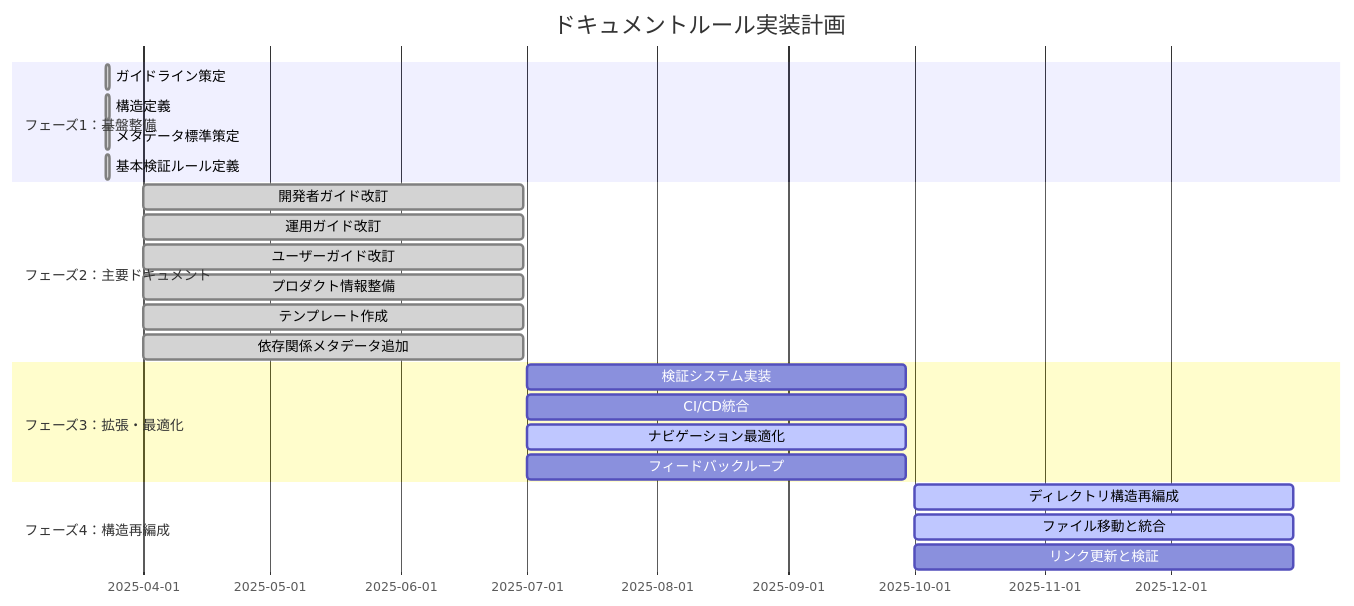
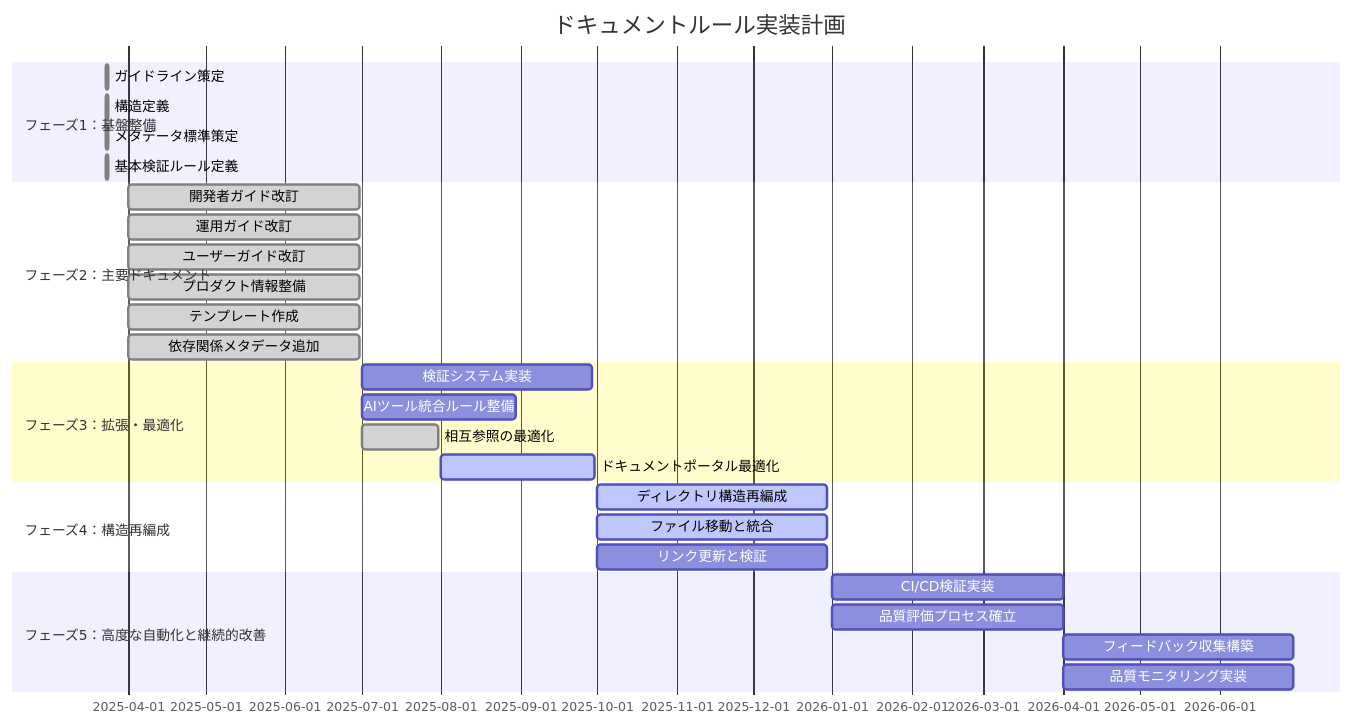
The second of 2 diagrams in docs/PROGRESS.md (ToyB0x/git-resume), drawn with Mermaid before and after one commit. The commit also changed other lines of this file, not shown here.

````diff
--- a/docs/PROGRESS.md
+++ b/docs/PROGRESS.md
@@ -27,26 +27,31 @@
 ```mermaid
 gantt
     title ドキュメントルール実装計画
     dateFormat  YYYY-MM-DD
     section フェーズ1：基盤整備
     ガイドライン策定      :done, 2025-03-23, 1d
     構造定義              :done, 2025-03-23, 1d
     メタデータ標準策定    :done, 2025-03-23, 1d
     基本検証ルール定義    :done, 2025-03-23, 1d
     section フェーズ2：主要ドキュメント
     開発者ガイド改訂      :done, 2025-04-01, 90d
     運用ガイド改訂        :done, 2025-04-01, 90d
     ユーザーガイド改訂    :done, 2025-04-01, 90d
     プロダクト情報整備    :done, 2025-04-01, 90d
     テンプレート作成      :done, 2025-04-01, 90d
     依存関係メタデータ追加 :done, 2025-04-01, 90d
     section フェーズ3：拡張・最適化
     検証システム実装      :2025-07-01, 90d
-    CI/CD統合             :2025-07-01, 90d
-    ナビゲーション最適化  :active, 2025-07-01, 90d
-    フィードバックループ  :2025-07-01, 90d
+    AIツール統合ルール整備 :2025-07-01, 60d
+    相互参照の最適化      :done, 2025-07-01, 30d
+    ドキュメントポータル最適化 :active, 2025-08-01, 60d
     section フェーズ4：構造再編成
     ディレクトリ構造再編成 :active, 2025-10-01, 90d
     ファイル移動と統合     :active, 2025-10-01, 90d
     リンク更新と検証       :2025-10-01, 90d
+    section フェーズ5：高度な自動化と継続的改善
+    CI/CD検証実装         :2026-01-01, 90d
+    品質評価プロセス確立   :2026-01-01, 90d
+    フィードバック収集構築 :2026-04-01, 90d
+    品質モニタリング実装   :2026-04-01, 90d
 ```
````
